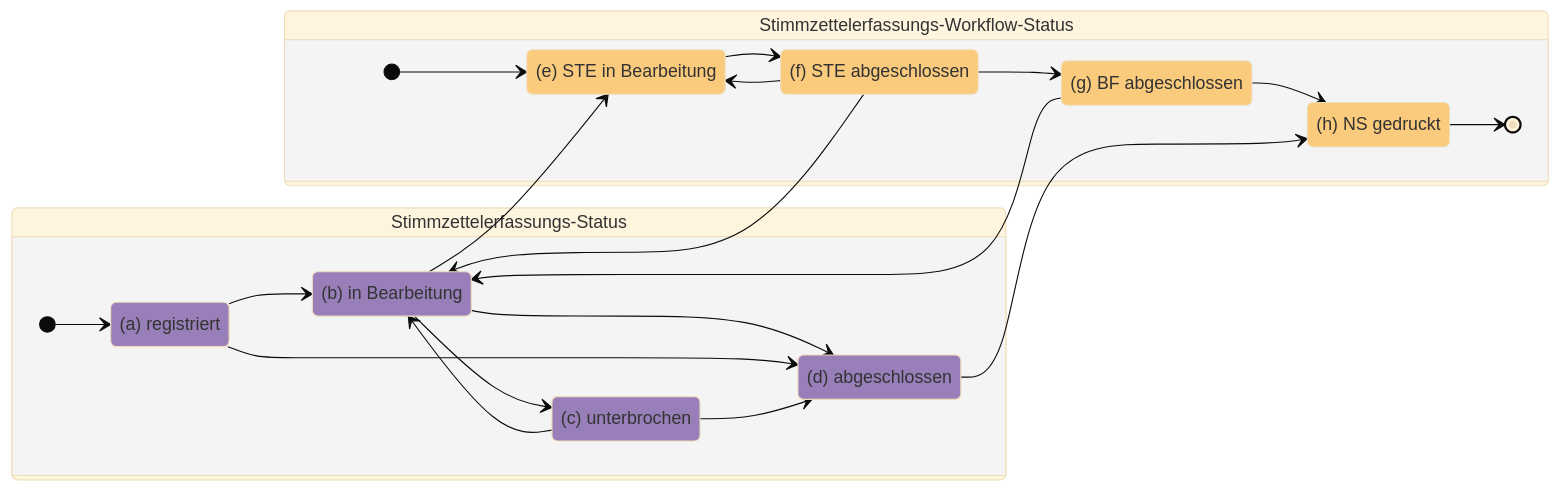
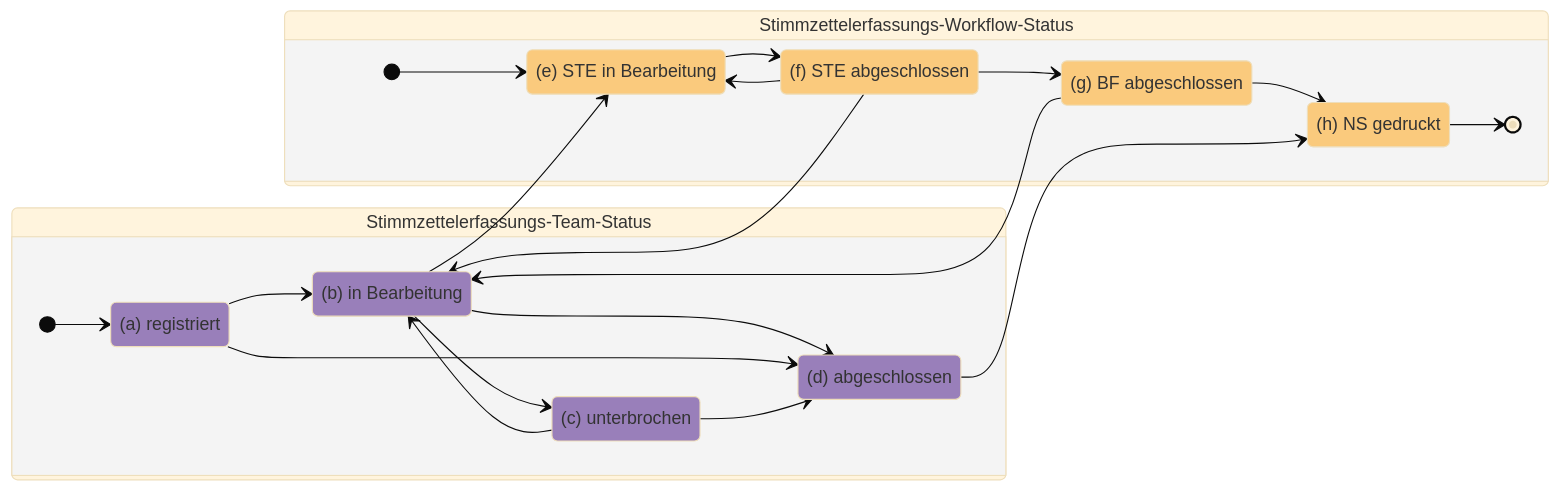
Before and after one commit to it-at-m/Wahllokalsystem: the second of 4 diagrams in docs/src/dse/index.md, drawn with Mermaid (base theme). The commit also changed 42 other files, not shown here.

Commit message:
#3370 create workflow + team status directories + rename dseWorkflowStatus

````diff
--- a/docs/src/dse/index.md
+++ b/docs/src/dse/index.md
@@ -78,43 +78,43 @@
 ```mermaid
 stateDiagram-v2 
     direction LR
     
     state "(a) registriert" as Registriert
     state "(b) in Bearbeitung" as InBearbeitung
     state "(c) unterbrochen" as Unterbrochen
     state "(d) abgeschlossen" as Abgeschlossen
     state "(e) STE in Bearbeitung" as STEInBearbeitung
     state "(f) STE abgeschlossen" as STEAbgeschlossen
     state "(g) BF abgeschlossen" as BFAbgeschlossen
     state "(h) NS gedruckt" as NSGedruckt
     
     state Stimmzettelerfassungs-Workflow-Status {
         [*] --> STEInBearbeitung
         STEAbgeschlossen --> BFAbgeschlossen
         STEAbgeschlossen --> STEInBearbeitung
         STEInBearbeitung --> STEAbgeschlossen
         InBearbeitung --> STEInBearbeitung
         STEAbgeschlossen --> InBearbeitung
         BFAbgeschlossen --> InBearbeitung 
         BFAbgeschlossen --> NSGedruckt
         Abgeschlossen --> NSGedruckt
         NSGedruckt --> [*]
     }
     
-    state Stimmzettelerfassungs-Status {
+    state Stimmzettelerfassungs-Team-Status {
         [*] --> Registriert
         Registriert --> InBearbeitung
         InBearbeitung --> Abgeschlossen
         Registriert --> Abgeschlossen
         InBearbeitung --> Unterbrochen
         Unterbrochen --> InBearbeitung
         Unterbrochen --> Abgeschlossen
     }
       
     classDef steWfStatus fill:#faca7d
     classDef steStatus fill:#997fba
     
     class STEInBearbeitung,STEAbgeschlossen,BFAbgeschlossen,NSGedruckt steWfStatus
     class Registriert,InBearbeitung,Unterbrochen,Abgeschlossen steStatus
     
 ```
````
